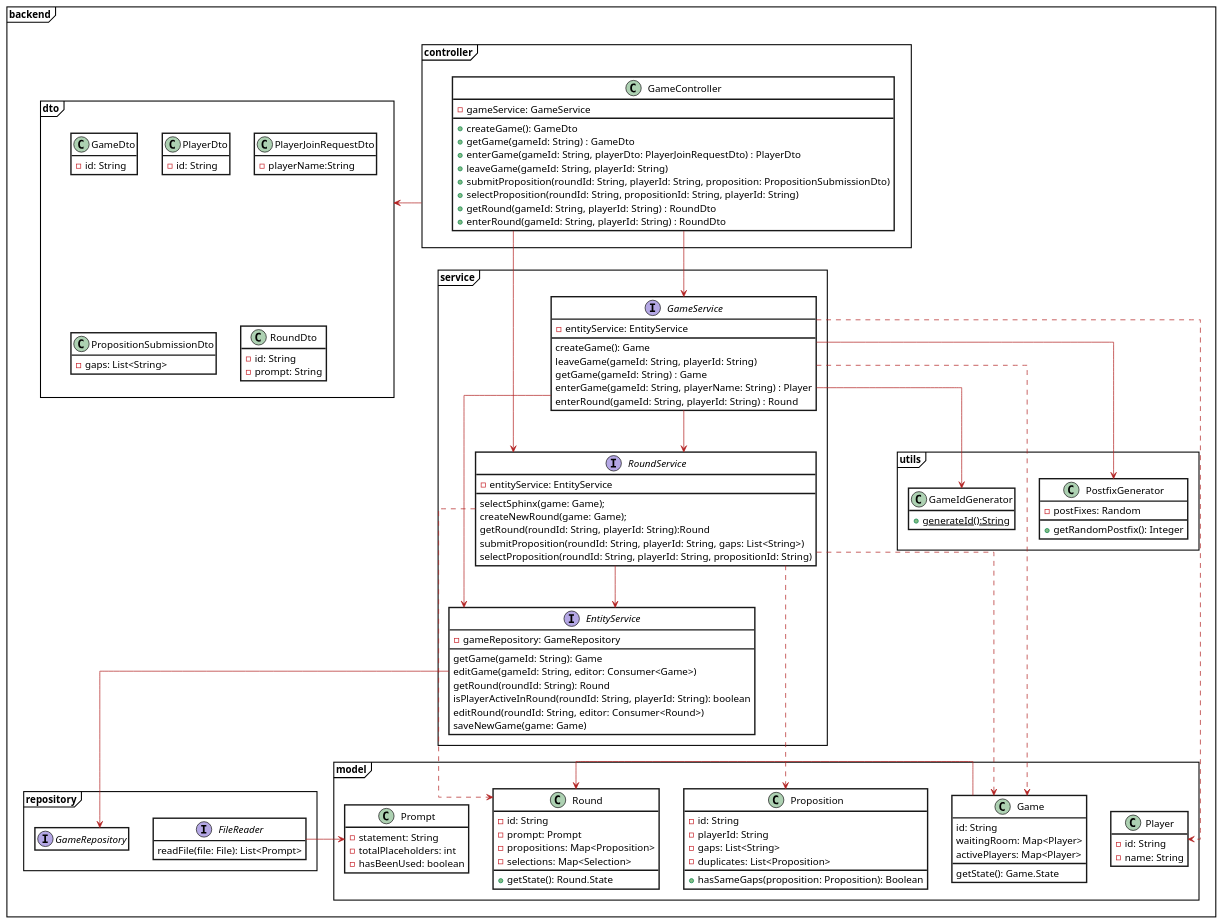
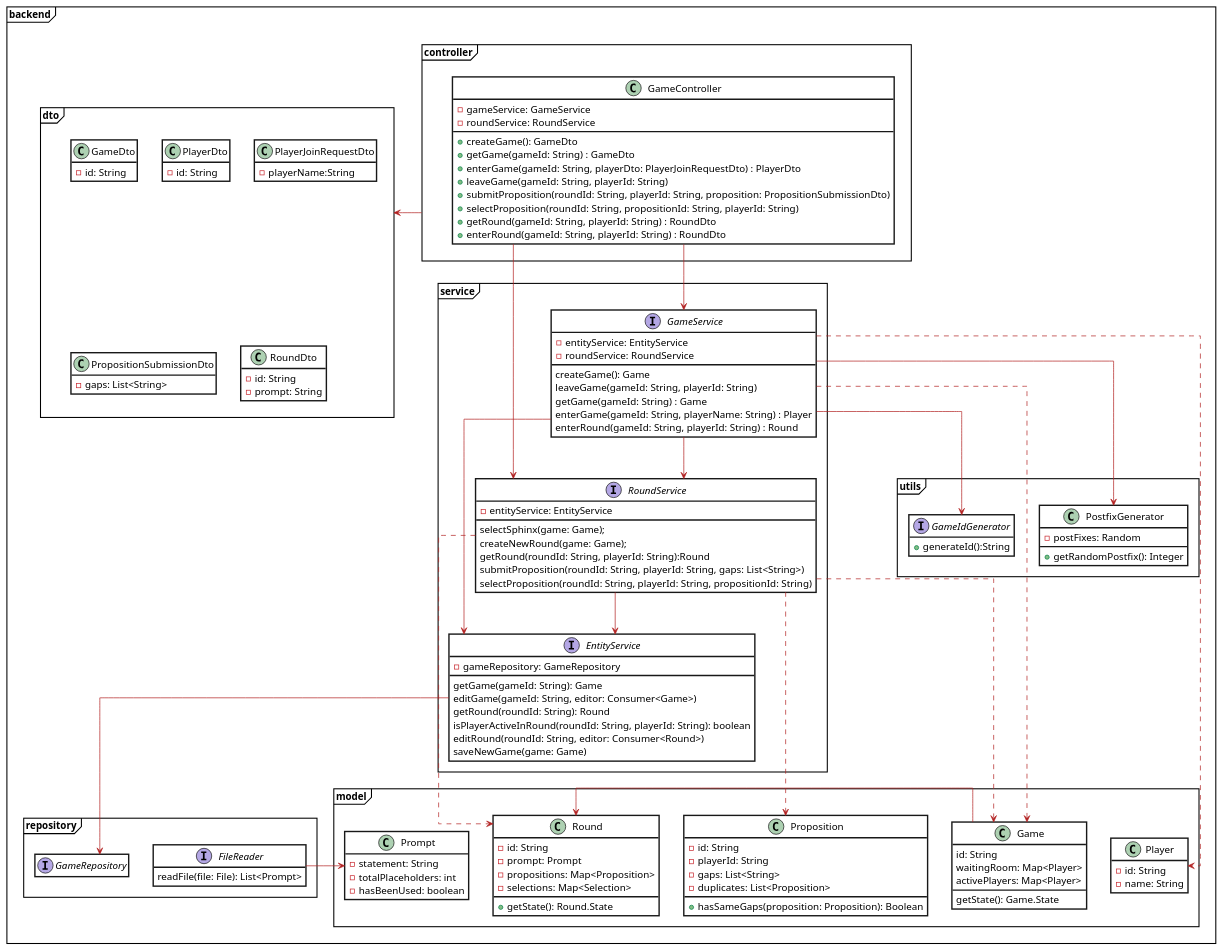
The diagram in docs/diagrams/DCD_full.plantuml (patrickwinti/worldwidewalter), drawn with PlantUML before and after one commit. The commit also changed 3 other files, not shown here.

Commit message:
[WWW-59] fixes uml

```diff
--- a/docs/diagrams/DCD_full.plantuml
+++ b/docs/diagrams/DCD_full.plantuml
@@ -1,148 +1,150 @@
 @startuml
 skinparam class {
     BackgroundColor white
     ArrowColor Firebrick
     BorderThickness 2
 }
 skinparam Note{
     BorderColor #FFD966
     BackgroundColor #FFD966
 }
 skinparam roundcorner 0
 skinparam packagestyle Frame
 hide empty members
 'left to right direction
 skinparam linetype ortho
 
 package backend{
     package controller {
         class GameController {
             -gameService: GameService
+            -roundService: RoundService
             +createGame(): GameDto
             +getGame(gameId: String) : GameDto
             +enterGame(gameId: String, playerDto: PlayerJoinRequestDto) : PlayerDto
             +leaveGame(gameId: String, playerId: String)
             +submitProposition(roundId: String, playerId: String, proposition: PropositionSubmissionDto)
             +selectProposition(roundId: String, propositionId: String, playerId: String)
             +getRound(gameId: String, playerId: String) : RoundDto
             +enterRound(gameId: String, playerId: String) : RoundDto
         }
     }
     package dto {
         class GameDto {
            -id: String
         }
         class PlayerDto {
            -id: String
         }
         class PlayerJoinRequestDto {
             -playerName:String
         }
         class PropositionSubmissionDto {
             -gaps: List<String>
         }
         class RoundDto {
             -id: String
             -prompt: String
         }
     }
     package model {
         class Game {
             id: String
             waitingRoom: Map<Player>
             activePlayers: Map<Player>
             getState(): Game.State
         }
         class Prompt{
             -statement: String
             -totalPlaceholders: int
             -hasBeenUsed: boolean
         }
         class Proposition{
             -id: String
             -playerId: String
             -gaps: List<String>
             -duplicates: List<Proposition>
             +hasSameGaps(proposition: Proposition): Boolean
         }
         class Player {
               -id: String
               -name: String
         }
         class Round {
              -id: String
              -prompt: Prompt
              -propositions: Map<Proposition>
              -selections: Map<Selection>
              +getState(): Round.State
         }
     }
     package service {
         interface GameService{
             -entityService: EntityService
+            -roundService: RoundService
            createGame(): Game
            leaveGame(gameId: String, playerId: String)
            getGame(gameId: String) : Game
            enterGame(gameId: String, playerName: String) : Player
            enterRound(gameId: String, playerId: String) : Round
         }
         interface RoundService{
             -entityService: EntityService
             selectSphinx(game: Game);
             createNewRound(game: Game);
             getRound(roundId: String, playerId: String):Round
             submitProposition(roundId: String, playerId: String, gaps: List<String>)
             selectProposition(roundId: String, playerId: String, propositionId: String)
         }
         interface EntityService{
            -gameRepository: GameRepository
             getGame(gameId: String): Game
             editGame(gameId: String, editor: Consumer<Game>)
             getRound(roundId: String): Round
             isPlayerActiveInRound(roundId: String, playerId: String): boolean
             editRound(roundId: String, editor: Consumer<Round>)
             saveNewGame(game: Game)
         }
     }
     package repository {
         interface GameRepository
          interface FileReader{
               readFile(file: File): List<Prompt>
          }
     }
 
     package utils{
         class PostfixGenerator {
             -postFixes: Random
             +getRandomPostfix(): Integer
         }
 
-        class GameIdGenerator {
-            +generateId():String{static}
+        interface GameIdGenerator {
+            +generateId():String
         }
     }
 }
 
 controller ->dto
 
 GameController -> RoundService
 GameController --> GameService
 
 GameService ..> Game
 GameService ..> Player
 GameService --> EntityService
 GameService --> PostfixGenerator
 GameService --> GameIdGenerator
 GameService --> RoundService
 
 RoundService ..>Game
 RoundService ..>Round
 RoundService ..> Proposition
 RoundService --> EntityService
 
 EntityService --> GameRepository
 
 FileReader -> Prompt
 
 Game -> Round
 @enduml
```
